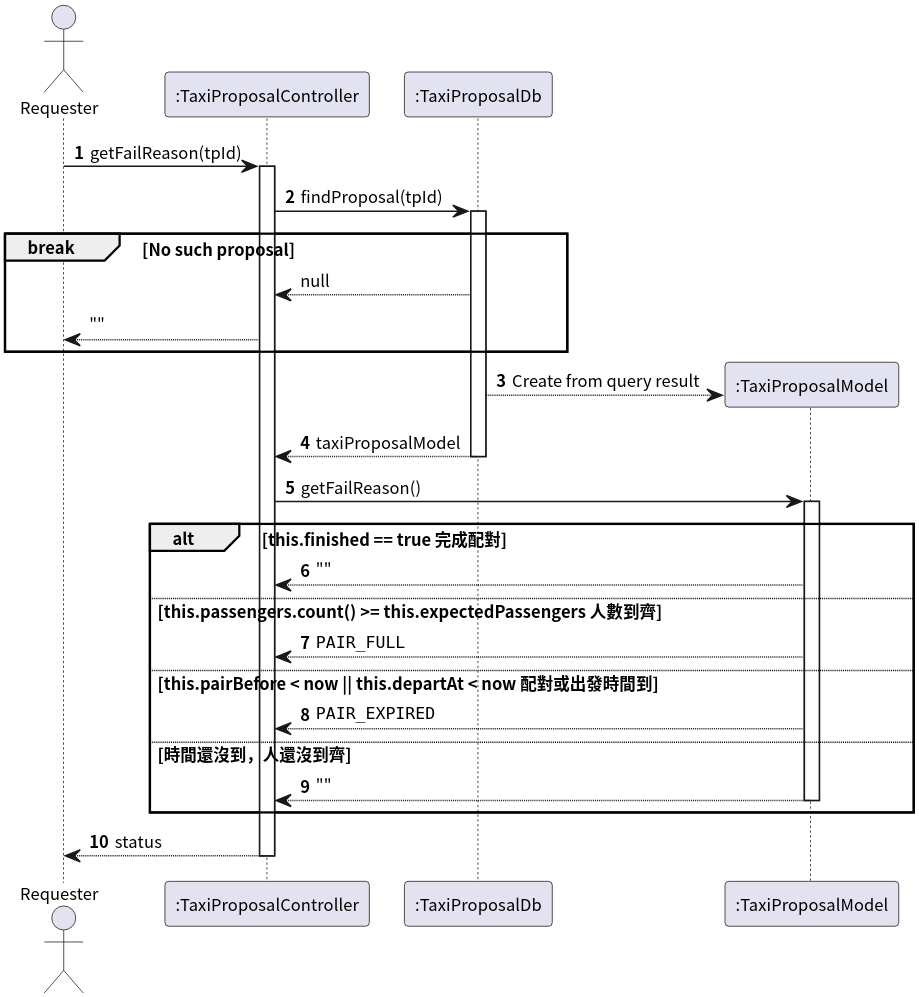
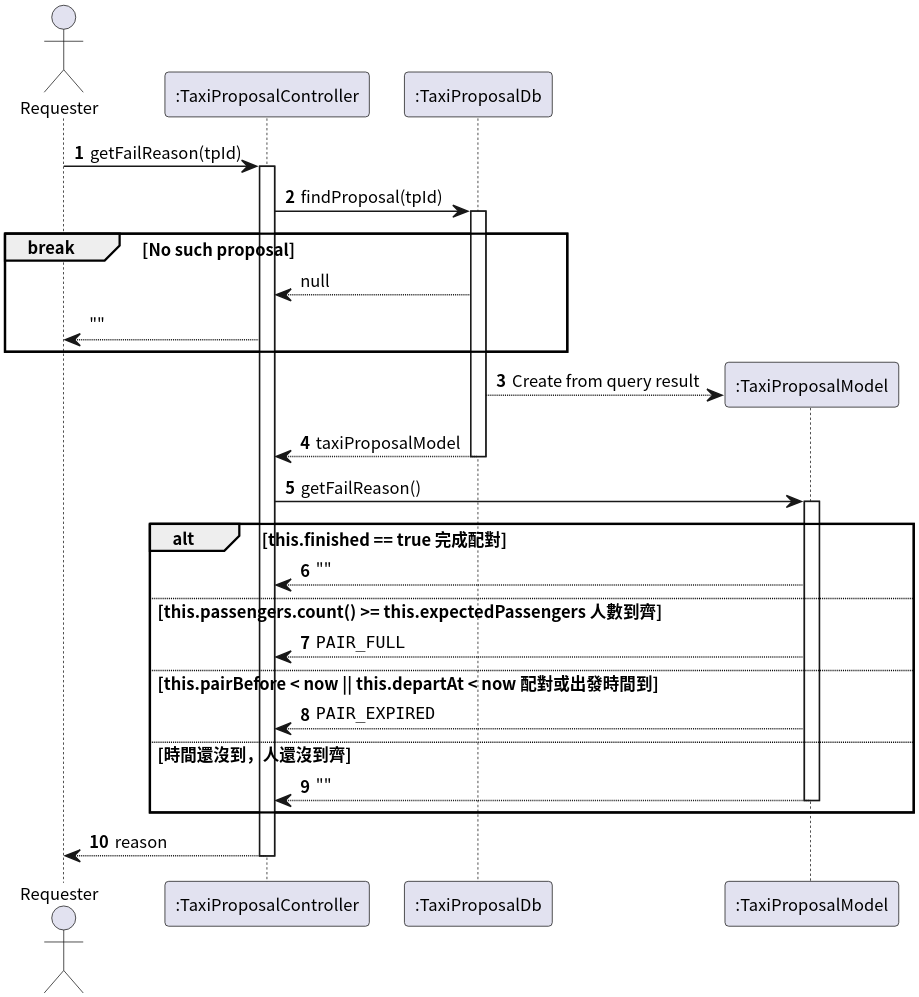
Before and after one commit to pan93412/nkust-homework: the third of 6 diagrams in semester-4/system-analysis/sequence-diagram.plantuml, drawn with PlantUML. The commit also changed other lines of this file, not shown here.

Commit message:
s4: system-analysis: typo

```diff
--- a/semester-4/system-analysis/sequence-diagram.plantuml
+++ b/semester-4/system-analysis/sequence-diagram.plantuml
@@ -75,43 +75,43 @@
 @startuml TaxiProposalGetFailReason
 
 autonumber
 skinparam dpi 300
 skinparam linetype ortho
 skinparam defaultFontSize 11
 skinparam defaultFontName "Noto Sans CJK TC"
 
 actor Requester as "Requester"
 participant TaxiProposalController as ":TaxiProposalController"
 participant TaxiProposalDb as ":TaxiProposalDb"
 
 Requester -> TaxiProposalController ++: getFailReason(tpId)
 
 TaxiProposalController -> TaxiProposalDb ++: findProposal(tpId)
 
 break No such proposal
     autonumber stop
     TaxiProposalController <-- TaxiProposalDb: null
     Requester <-- TaxiProposalController: ""
 end
 
 autonumber resume
 
 create participant TaxiProposalModel as ":TaxiProposalModel"
 TaxiProposalDb --> TaxiProposalModel: Create from query result
 return taxiProposalModel
 
 TaxiProposalController -> TaxiProposalModel ++: getFailReason()
 
 alt this.finished == true 完成配對
     TaxiProposalController <-- TaxiProposalModel: ""
 else this.passengers.count() >= this.expectedPassengers 人數到齊
     TaxiProposalController <-- TaxiProposalModel: ""PAIR_FULL""
 else this.pairBefore < now || this.departAt < now 配對或出發時間到
     TaxiProposalController <-- TaxiProposalModel: ""PAIR_EXPIRED""
 else 時間還沒到，人還沒到齊
     TaxiProposalController <-- TaxiProposalModel --: ""
 end
 
-return status
+return reason
 
 @enduml TaxiProposalGetFailReason
```
